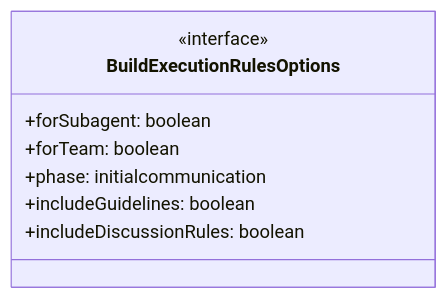
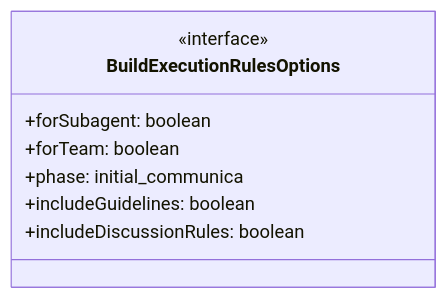
Before and after one commit to Mekann2904/mekann: the first of 2 diagrams in ABDD/.pi/lib/execution-rules.md, drawn with Mermaid. The commit also changed other lines of this file and 174 other files, not shown here.

First line of the commit message:
fix(docs): ABDDのMermaid図生成エラーを修正する

````diff
--- a/ABDD/.pi/lib/execution-rules.md
+++ b/ABDD/.pi/lib/execution-rules.md
@@ -32,11 +32,11 @@
 ```mermaid
 classDiagram
   class BuildExecutionRulesOptions {
     <<interface>>
     +forSubagent: boolean
     +forTeam: boolean
-    +phase: initialcommunication
+    +phase: initial_communica
     +includeGuidelines: boolean
     +includeDiscussionRules: boolean
   }
 ```
````
